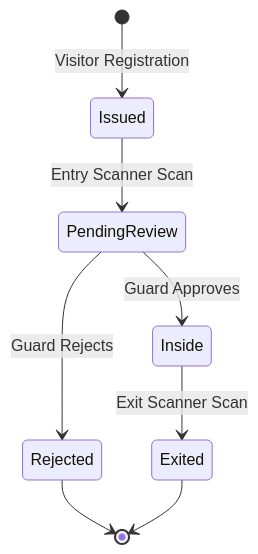
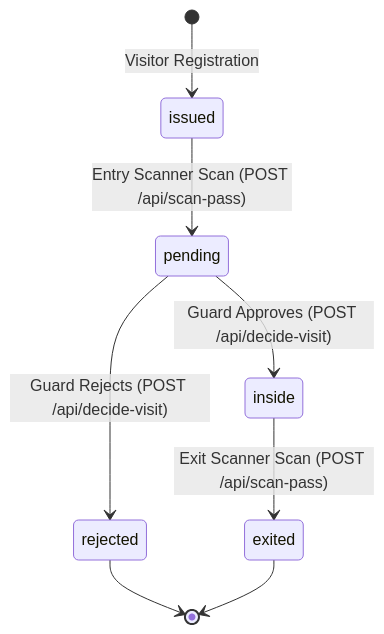
The diagram in docs/MANUAL_QA_RUNBOOK.md (jsphhbna/egatepass), drawn with Mermaid before and after one commit. The commit also changed other lines of this file and 13 other files, not shown here.

Commit message:
docs(truthfulness): repair markdown formatting, mermaid blocks, and architectural truthfulness across all active documentation

````diff
--- a/docs/MANUAL_QA_RUNBOOK.md
+++ b/docs/MANUAL_QA_RUNBOOK.md
@@ -68,10 +66,10 @@
 ```mermaid
 stateDiagram-v2
-    [*] --> Issued: Visitor Registration
-    Issued --> PendingReview: Entry Scanner Scan
-    PendingReview --> Inside: Guard Approves
-    PendingReview --> Rejected: Guard Rejects
-    Inside --> Exited: Exit Scanner Scan
-    Rejected --> [*]
-    Exited --> [*]
+    [*] --> issued: Visitor Registration
+    issued --> pending: Entry Scanner Scan (POST /api/scan-pass)
+    pending --> inside: Guard Approves (POST /api/decide-visit)
+    pending --> rejected: Guard Rejects (POST /api/decide-visit)
+    inside --> exited: Exit Scanner Scan (POST /api/scan-pass)
+    rejected --> [*]
+    exited --> [*]
 ```
````
